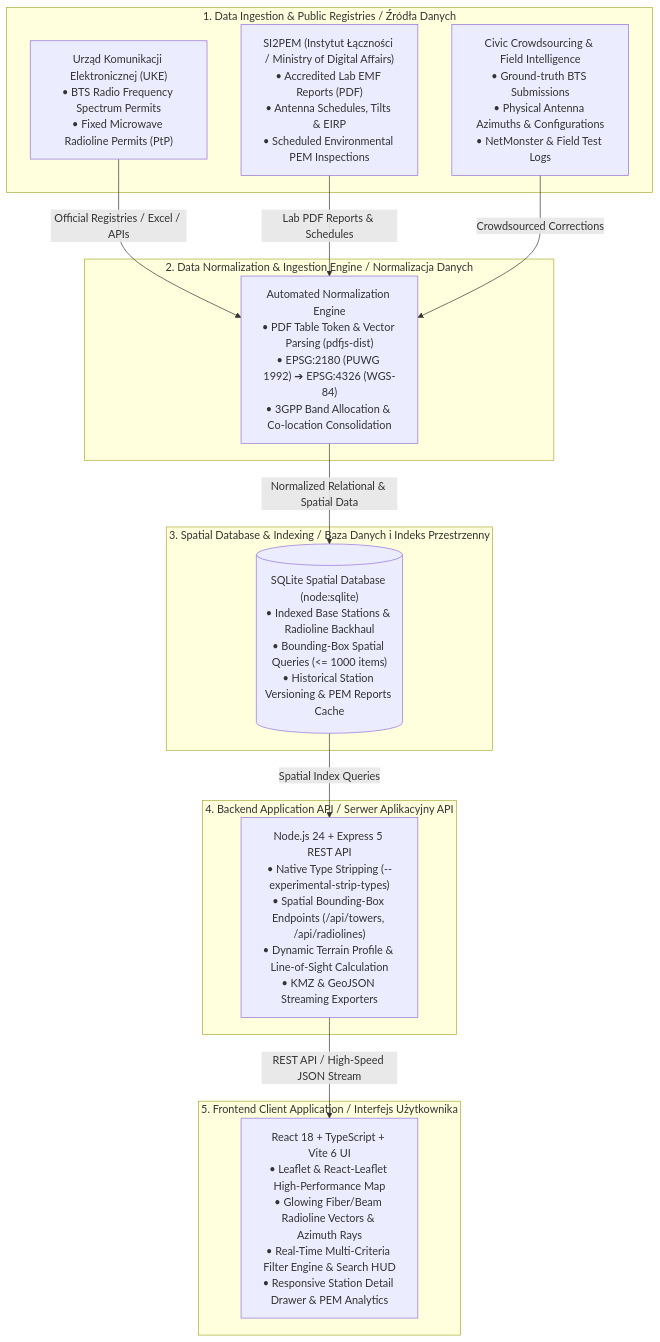
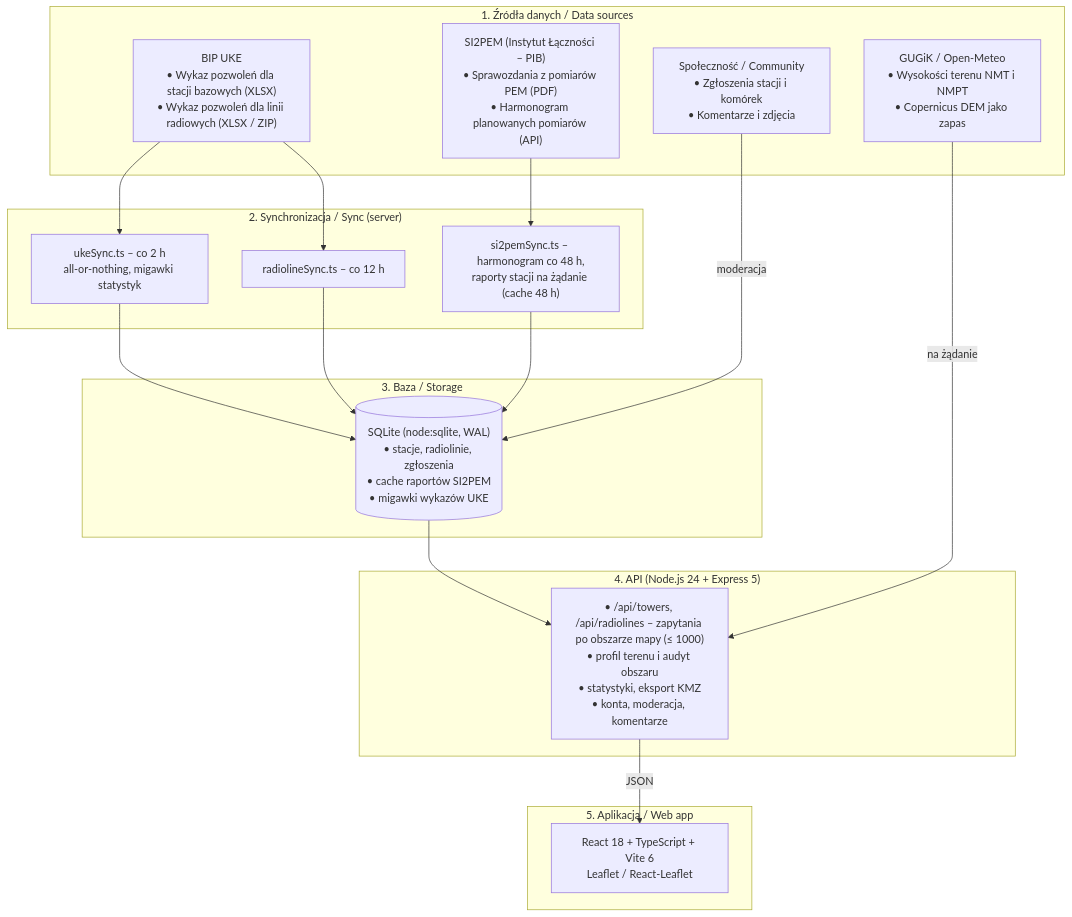
One commit to JUreK646/btmapv2 changed the diagram in README.md. Above: the diagram before and after it, drawn with Mermaid. The commit also changed other lines of this file and 1 other file, not shown here.

First line of the commit message:
docs: describe what the app actually does

````diff
--- a/README.md
+++ b/README.md
@@ -19,31 +19,38 @@
 ```mermaid
 flowchart TD
-    subgraph SOURCES["1. Data Ingestion & Public Registries / Źródła Danych"]
-        UKE["Urząd Komunikacji Elektronicznej (UKE)<br/>• BTS Radio Frequency Spectrum Permits<br/>• Fixed Microwave Radioline Permits (PtP)"]
-        SI2PEM["SI2PEM (Instytut Łączności / Ministry of Digital Affairs)<br/>• Accredited Lab EMF Reports (PDF)<br/>• Antenna Schedules, Tilts & EIRP<br/>• Scheduled Environmental PEM Inspections"]
-        COMMUNITY["Civic Crowdsourcing & Field Intelligence<br/>• Ground-truth BTS Submissions<br/>• Physical Antenna Azimuths & Configurations<br/>• NetMonster & Field Test Logs"]
+    subgraph SOURCES["1. Źródła danych / Data sources"]
+        UKE["BIP UKE<br/>• Wykaz pozwoleń dla stacji bazowych (XLSX)<br/>• Wykaz pozwoleń dla linii radiowych (XLSX / ZIP)"]
+        SI2PEM["SI2PEM (Instytut Łączności – PIB)<br/>• Sprawozdania z pomiarów PEM (PDF)<br/>• Harmonogram planowanych pomiarów (API)"]
+        GUGIK["GUGiK / Open-Meteo<br/>• Wysokości terenu NMT i NMPT<br/>• Copernicus DEM jako zapas"]
+        COMMUNITY["Społeczność / Community<br/>• Zgłoszenia stacji i komórek<br/>• Komentarze i zdjęcia"]
     end
 
-    subgraph PIPELINE["2. Data Normalization & Ingestion Engine / Normalizacja Danych"]
-        NORM["Automated Normalization Engine<br/>• PDF Table Token & Vector Parsing (pdfjs-dist)<br/>• EPSG:2180 (PUWG 1992) ➔ EPSG:4326 (WGS-84)<br/>• 3GPP Band Allocation & Co-location Consolidation"]
+    subgraph SYNC["2. Synchronizacja / Sync (server)"]
+        UKESYNC["ukeSync.ts – co 2 h<br/>all-or-nothing, migawki statystyk"]
+        RLSYNC["radiolineSync.ts – co 12 h"]
+        PEMSYNC["si2pemSync.ts – harmonogram co 48 h,<br/>raporty stacji na żądanie (cache 48 h)"]
     end
 
-    subgraph STORAGE["3. Spatial Database & Indexing / Baza Danych i Indeks Przestrzenny"]
-        DB[("SQLite Spatial Database (node:sqlite)<br/>• Indexed Base Stations & Radioline Backhaul<br/>• Bounding-Box Spatial Queries (<= 1000 items)<br/>• Historical Station Versioning & PEM Reports Cache")]
+    subgraph STORAGE["3. Baza / Storage"]
+        DB[("SQLite (node:sqlite, WAL)<br/>• stacje, radiolinie, zgłoszenia<br/>• cache raportów SI2PEM<br/>• migawki wykazów UKE")]
     end
 
-    subgraph BACKEND["4. Backend Application API / Serwer Aplikacyjny API"]
-        API["Node.js 24 + Express 5 REST API<br/>• Native Type Stripping (--experimental-strip-types)<br/>• Spatial Bounding-Box Endpoints (/api/towers, /api/radiolines)<br/>• Dynamic Terrain Profile & Line-of-Sight Calculation<br/>• KMZ & GeoJSON Streaming Exporters"]
+    subgraph BACKEND["4. API (Node.js 24 + Express 5)"]
+        API["• /api/towers, /api/radiolines – zapytania po obszarze mapy (≤ 1000)<br/>• profil terenu i audyt obszaru<br/>• statystyki, eksport KMZ<br/>• konta, moderacja, komentarze"]
     end
 
-    subgraph FRONTEND["5. Frontend Client Application / Interfejs Użytkownika"]
-        UI["React 18 + TypeScript + Vite 6 UI<br/>• Leaflet & React-Leaflet High-Performance Map<br/>• Glowing Fiber/Beam Radioline Vectors & Azimuth Rays<br/>• Real-Time Multi-Criteria Filter Engine & Search HUD<br/>• Responsive Station Detail Drawer & PEM Analytics"]
+    subgraph FRONTEND["5. Aplikacja / Web app"]
+        UI["React 18 + TypeScript + Vite 6<br/>Leaflet / React-Leaflet"]
     end
 
-    UKE -->|Official Registries / Excel / APIs| NORM
-    SI2PEM -->|Lab PDF Reports & Schedules| NORM
-    COMMUNITY -->|Crowdsourced Corrections| NORM
-    NORM -->|Normalized Relational & Spatial Data| DB
-    DB -->|Spatial Index Queries| API
-    API -->|REST API / High-Speed JSON Stream| UI
+    UKE --> UKESYNC
+    UKE --> RLSYNC
+    SI2PEM --> PEMSYNC
+    UKESYNC --> DB
+    RLSYNC --> DB
+    PEMSYNC --> DB
+    COMMUNITY -->|moderacja| DB
+    DB --> API
+    GUGIK -->|na żądanie| API
+    API -->|JSON| UI
 ```
````
